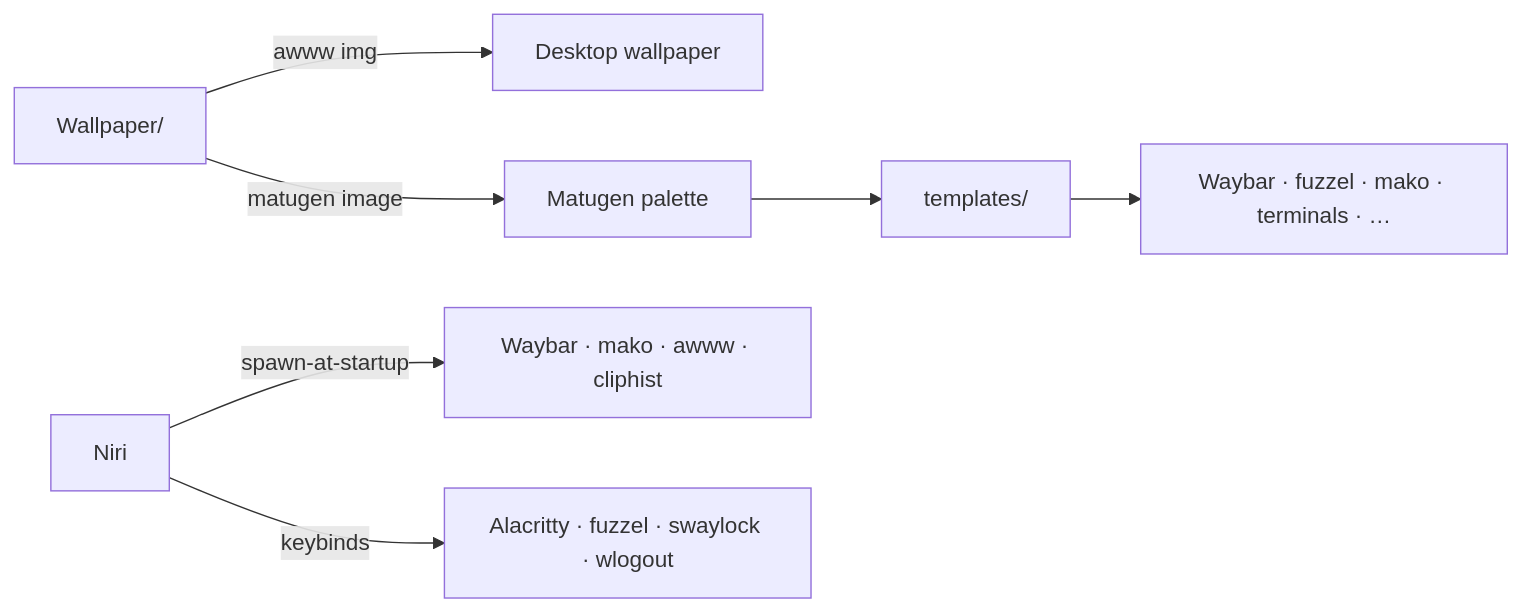
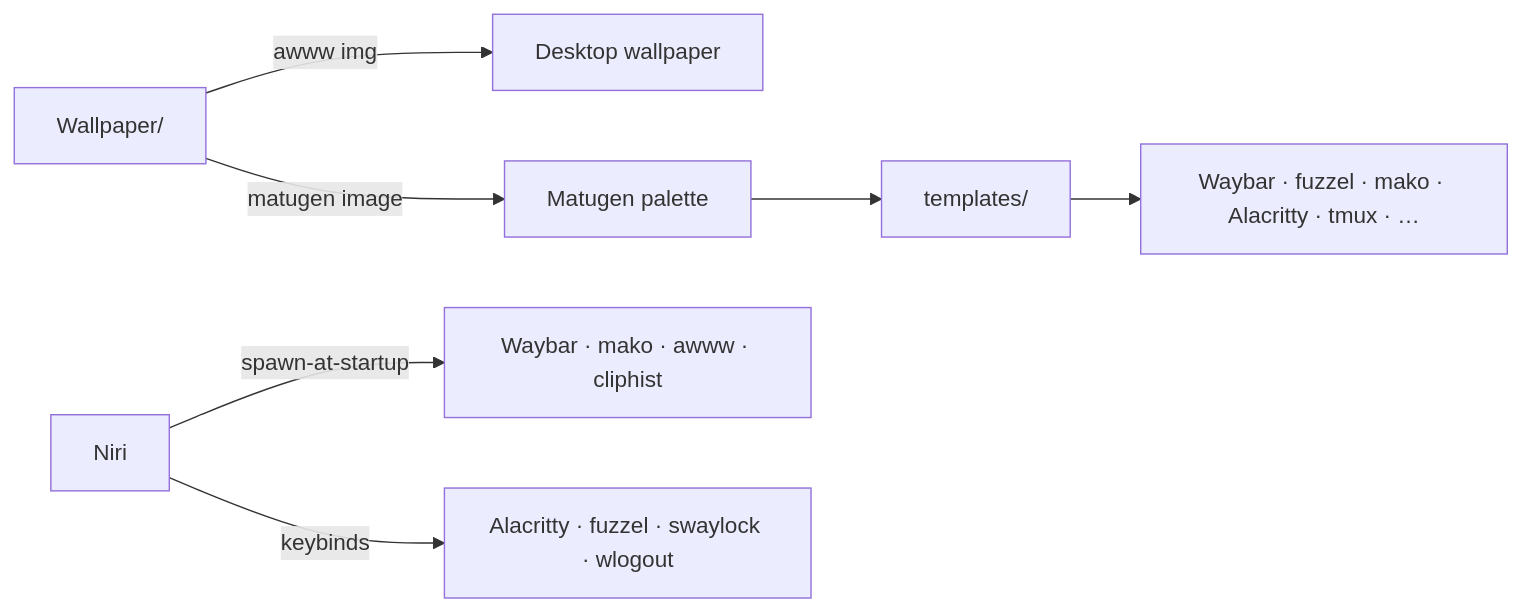
One commit to threed2y/Dotfiles changed the diagram in readme.md. Above: the diagram before and after it, drawn with Mermaid. The commit also changed other lines of this file and 6 other files, not shown here.

First line of the commit message:
Document tmux, Alacritty and Starship setup; add their configs (#1)

````diff
--- a/readme.md
+++ b/readme.md
@@ -91,9 +99,9 @@
 ```mermaid
 flowchart LR
     W[Wallpaper/] -->|awww img| D[Desktop wallpaper]
     W -->|matugen image| M[Matugen palette]
     M --> T[templates/]
-    T --> A[Waybar · fuzzel · mako · terminals · …]
+    T --> A[Waybar · fuzzel · mako · Alacritty · tmux · …]
     N[Niri] -->|spawn-at-startup| B[Waybar · mako · awww · cliphist]
     N -->|keybinds| L[Alacritty · fuzzel · swaylock · wlogout]
 ```
````
